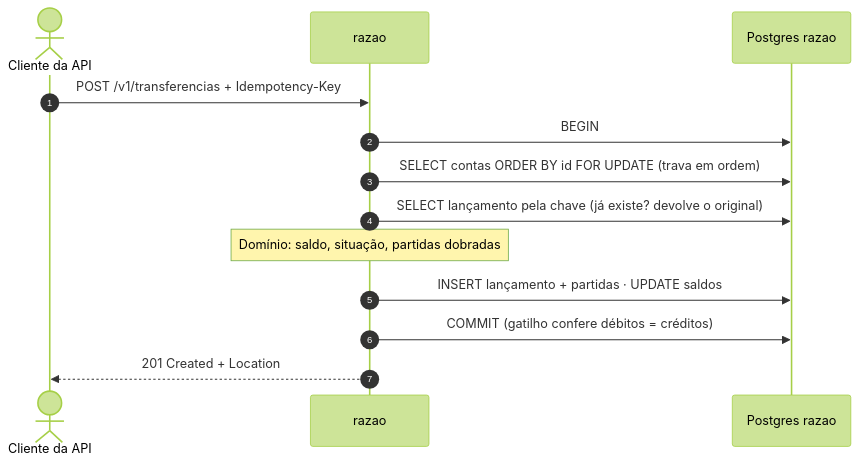
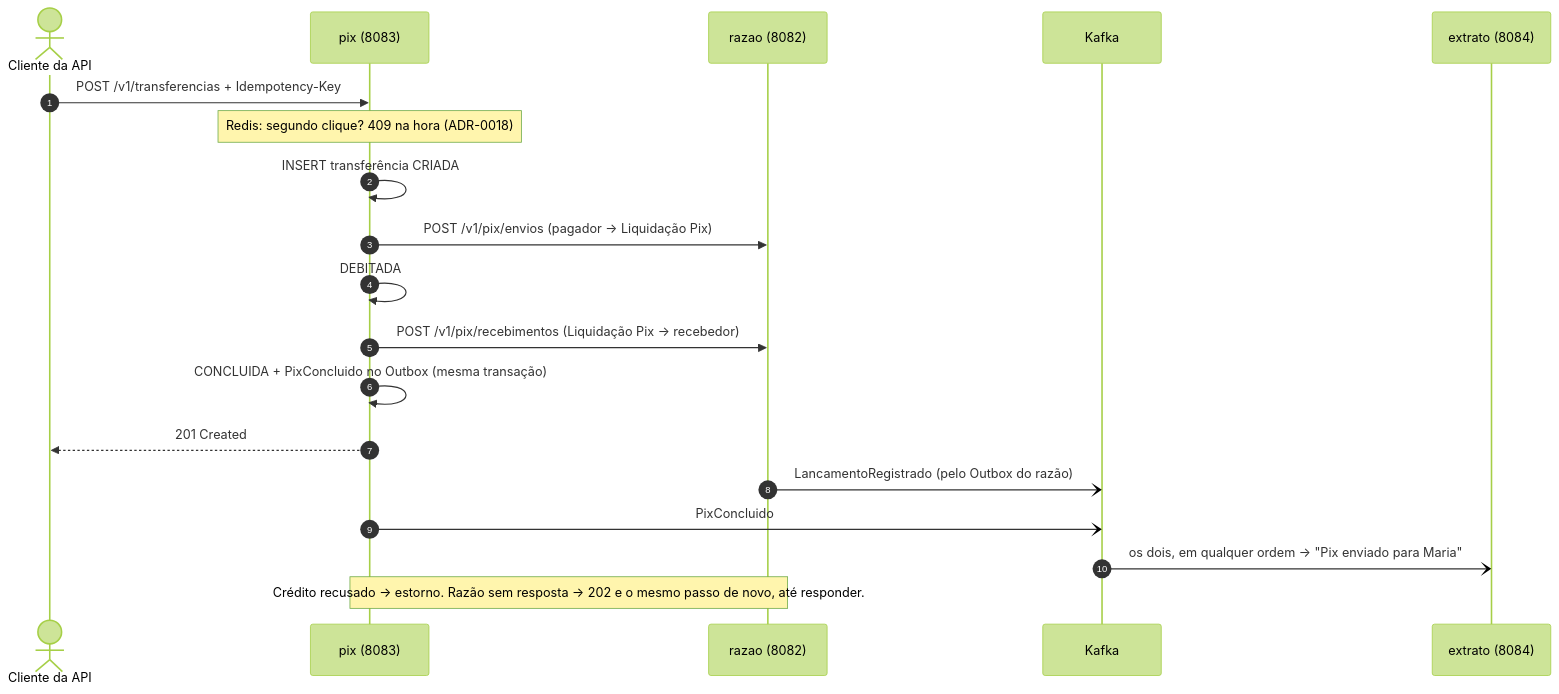
One commit to alanjoffre/ledgerly-bank changed the fourth of 4 diagrams in docs/arquitetura/visao-geral.md. Above: the diagram before and after it, drawn with Mermaid (forest theme). The commit also changed other lines of this file and 13 other files, not shown here.

````diff
--- a/docs/arquitetura/visao-geral.md
+++ b/docs/arquitetura/visao-geral.md
@@ -108,16 +118,22 @@
 ```mermaid
 sequenceDiagram
     autonumber
     actor C as Cliente da API
-    participant RZ as razao
-    participant DB as Postgres razao
+    participant PX as pix (8083)
+    participant RZ as razao (8082)
+    participant K as Kafka
+    participant EX as extrato (8084)
 
-    C->>RZ: POST /v1/transferencias + Idempotency-Key
-    RZ->>DB: BEGIN
-    RZ->>DB: SELECT contas ORDER BY id FOR UPDATE (trava em ordem)
-    RZ->>DB: SELECT lançamento pela chave (já existe? devolve o original)
-    Note over RZ: Domínio: saldo, situação, partidas dobradas
-    RZ->>DB: INSERT lançamento + partidas · UPDATE saldos
-    RZ->>DB: COMMIT (gatilho confere débitos = créditos)
-    RZ-->>C: 201 Created + Location
+    C->>PX: POST /v1/transferencias + Idempotency-Key
+    Note over PX: Redis: segundo clique? 409 na hora (ADR-0018)
+    PX->>PX: INSERT transferência CRIADA
+    PX->>RZ: POST /v1/pix/envios (pagador → Liquidação Pix)
+    PX->>PX: DEBITADA
+    PX->>RZ: POST /v1/pix/recebimentos (Liquidação Pix → recebedor)
+    PX->>PX: CONCLUIDA + PixConcluido no Outbox (mesma transação)
+    PX-->>C: 201 Created
+    RZ-)K: LancamentoRegistrado (pelo Outbox do razão)
+    PX-)K: PixConcluido
+    K-)EX: os dois, em qualquer ordem → "Pix enviado para Maria"
+    Note over PX,RZ: Crédito recusado → estorno. Razão sem resposta → 202 e o mesmo passo de novo, até responder.
 ```
````
